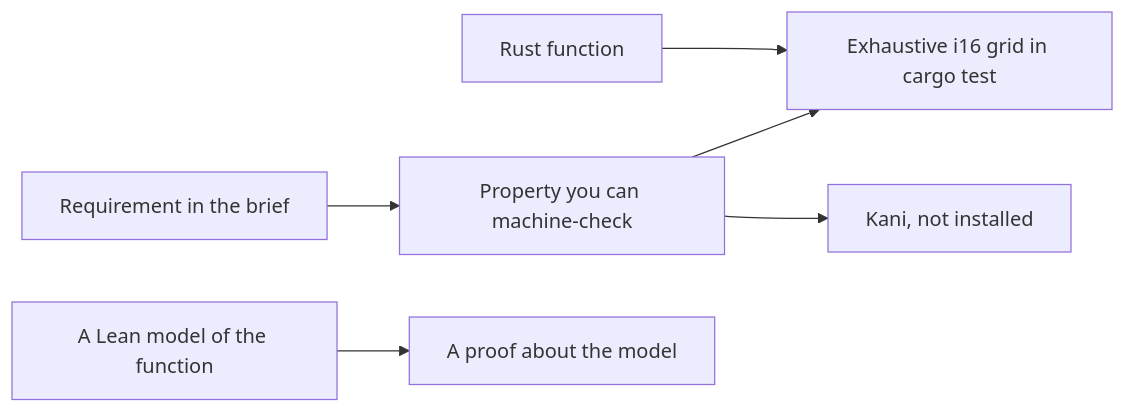
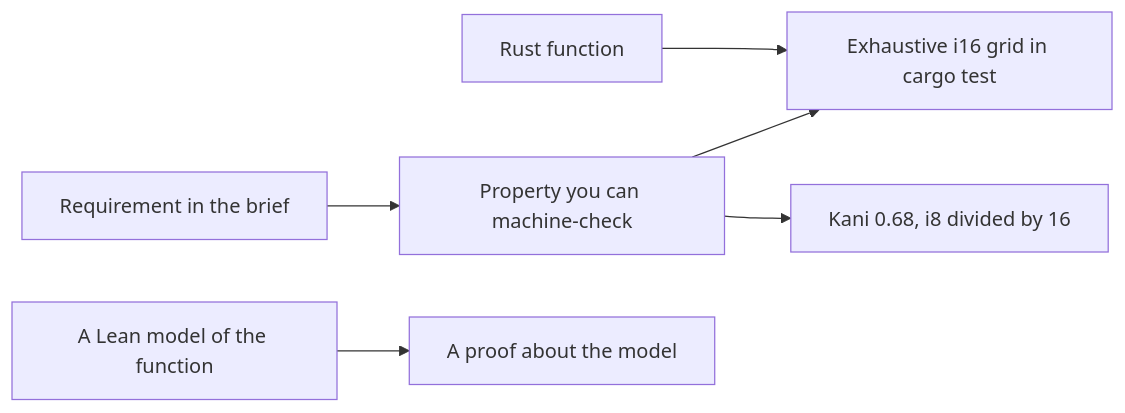
The diagram in docs/m07-native-formal/index.md (pragmaticarun/verification-engineering-course), drawn with Mermaid before and after one commit. The commit also changed other lines of this file and 96 other files, not shown here.

````diff
--- a/docs/m07-native-formal/index.md
+++ b/docs/m07-native-formal/index.md
@@ -15,8 +27,8 @@
 ```mermaid
 flowchart LR
   req["Requirement in the brief"] --> prop["Property you can machine-check"]
   prop --> grid["Exhaustive i16 grid in cargo test"]
-  prop --> kani["Kani, not installed"]
+  prop --> kani["Kani 0.68, i8 divided by 16"]
   code["Rust function"] --> grid
   model["A Lean model of the function"] --> proof["A proof about the model"]
 ```
````
